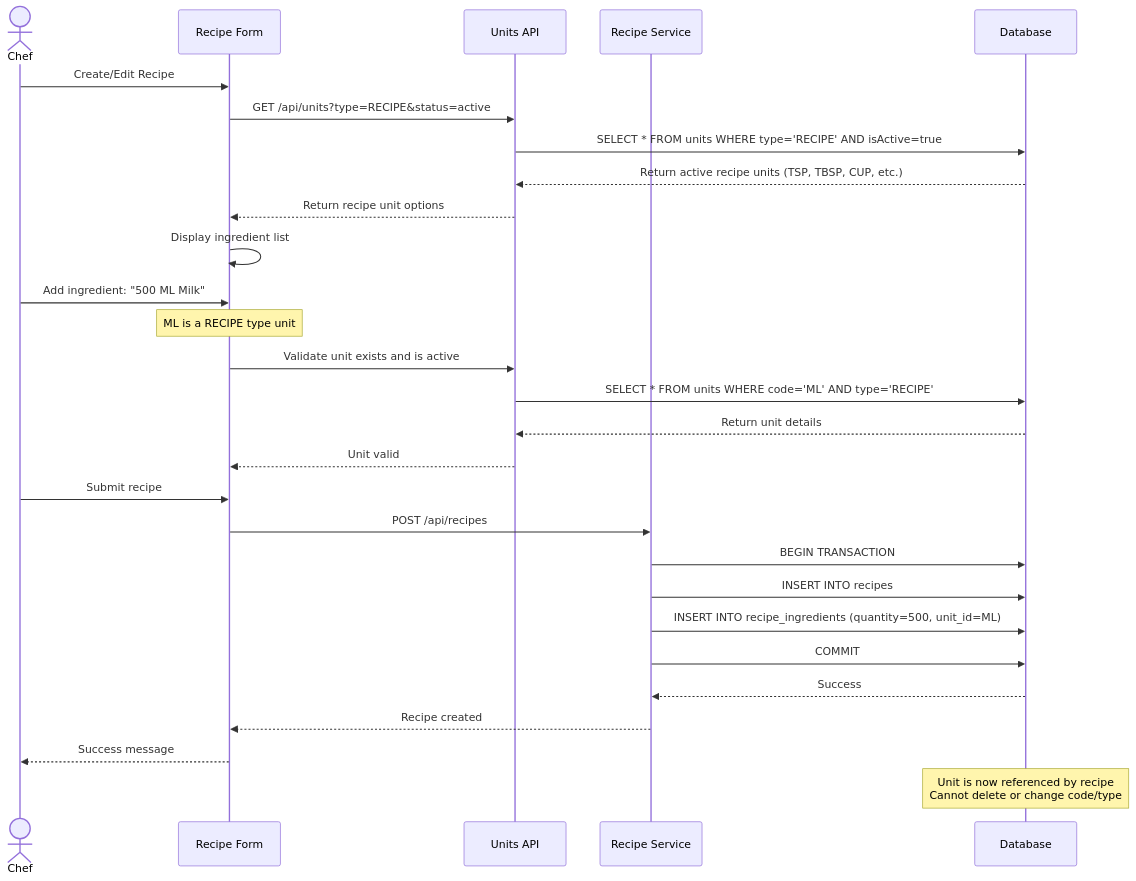
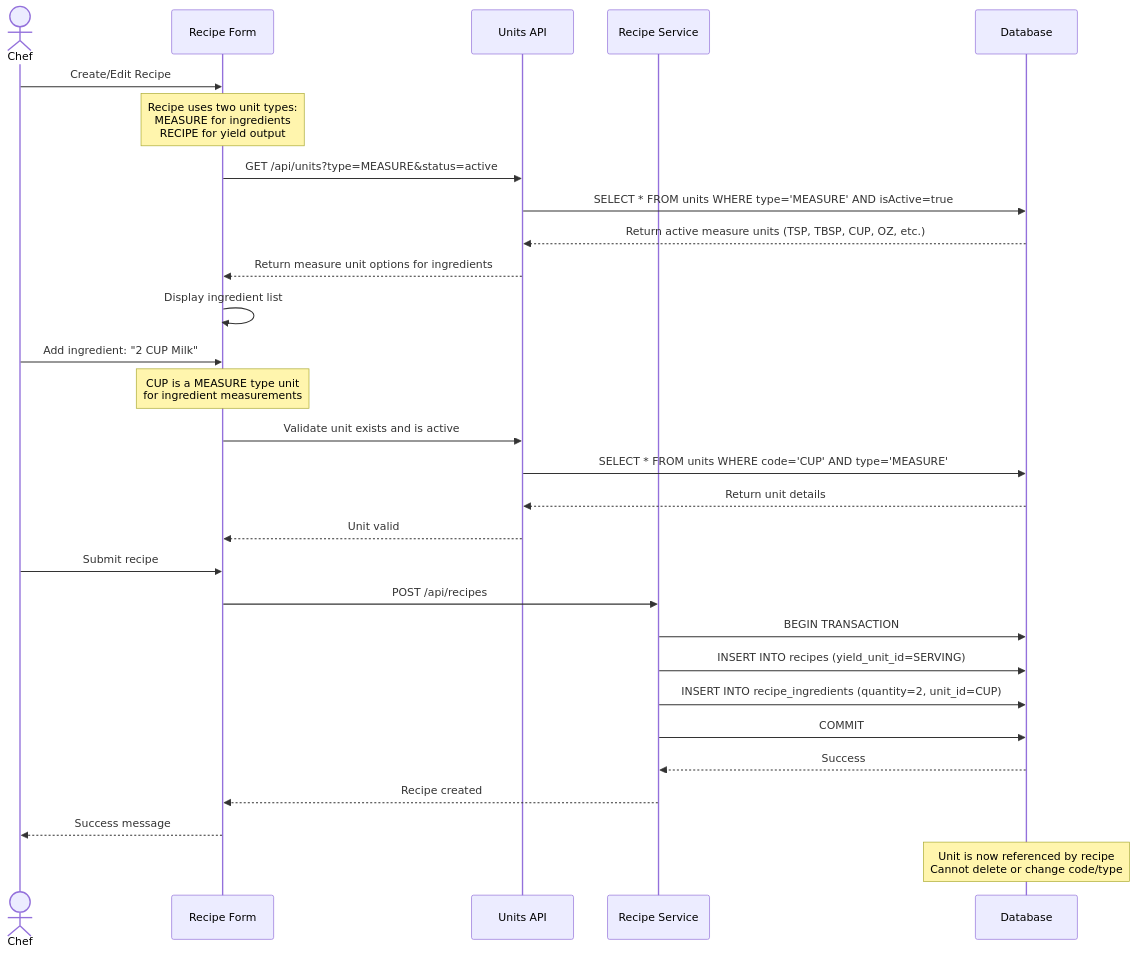
Diagram 13 of 16 in docs/app/product-management/units/FD-units.md (PeakMNA/carmen), drawn with Mermaid before and after one commit. The commit also changed other lines of this file and 473 other files, not shown here.

````diff
--- a/docs/app/product-management/units/FD-units.md
+++ b/docs/app/product-management/units/FD-units.md
@@ -1180,36 +1185,39 @@
 ```mermaid
 sequenceDiagram
     actor Chef
     participant RecipeForm as Recipe Form
     participant UnitAPI as Units API
     participant RecipeService as Recipe Service
     participant DB as Database
 
     Chef->>RecipeForm: Create/Edit Recipe
-    RecipeForm->>UnitAPI: GET /api/units?type=RECIPE&status=active
-    UnitAPI->>DB: SELECT * FROM units WHERE type='RECIPE' AND isActive=true
-    DB-->>UnitAPI: Return active recipe units (TSP, TBSP, CUP, etc.)
-    UnitAPI-->>RecipeForm: Return recipe unit options
+
+    Note over RecipeForm: Recipe uses two unit types:<br>MEASURE for ingredients<br>RECIPE for yield output
+
+    RecipeForm->>UnitAPI: GET /api/units?type=MEASURE&status=active
+    UnitAPI->>DB: SELECT * FROM units WHERE type='MEASURE' AND isActive=true
+    DB-->>UnitAPI: Return active measure units (TSP, TBSP, CUP, OZ, etc.)
+    UnitAPI-->>RecipeForm: Return measure unit options for ingredients
 
     RecipeForm->>RecipeForm: Display ingredient list
-    Chef->>RecipeForm: Add ingredient: "500 ML Milk"
+    Chef->>RecipeForm: Add ingredient: "2 CUP Milk"
 
-    Note over RecipeForm: ML is a RECIPE type unit
+    Note over RecipeForm: CUP is a MEASURE type unit<br>for ingredient measurements
 
     RecipeForm->>UnitAPI: Validate unit exists and is active
-    UnitAPI->>DB: SELECT * FROM units WHERE code='ML' AND type='RECIPE'
+    UnitAPI->>DB: SELECT * FROM units WHERE code='CUP' AND type='MEASURE'
     DB-->>UnitAPI: Return unit details
     UnitAPI-->>RecipeForm: Unit valid
 
     Chef->>RecipeForm: Submit recipe
     RecipeForm->>RecipeService: POST /api/recipes
     RecipeService->>DB: BEGIN TRANSACTION
-    RecipeService->>DB: INSERT INTO recipes
-    RecipeService->>DB: INSERT INTO recipe_ingredients (quantity=500, unit_id=ML)
+    RecipeService->>DB: INSERT INTO recipes (yield_unit_id=SERVING)
+    RecipeService->>DB: INSERT INTO recipe_ingredients (quantity=2, unit_id=CUP)
     RecipeService->>DB: COMMIT
     DB-->>RecipeService: Success
     RecipeService-->>RecipeForm: Recipe created
     RecipeForm-->>Chef: Success message
 
     Note over DB: Unit is now referenced by recipe<br>Cannot delete or change code/type
 ```
````
